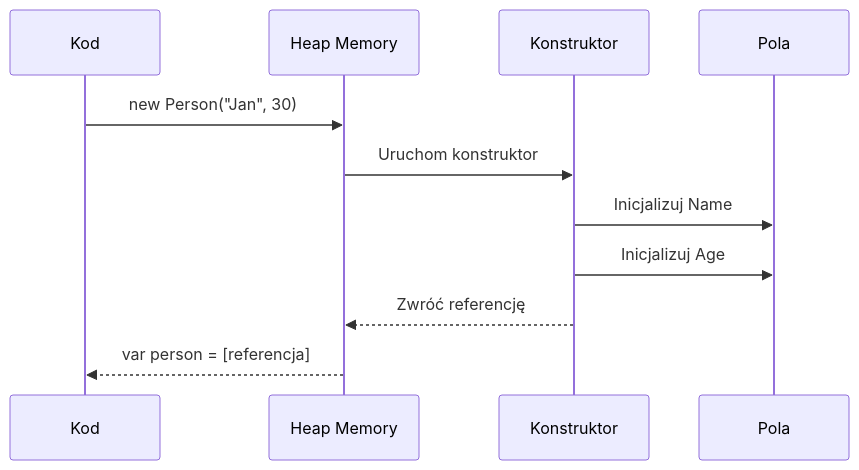
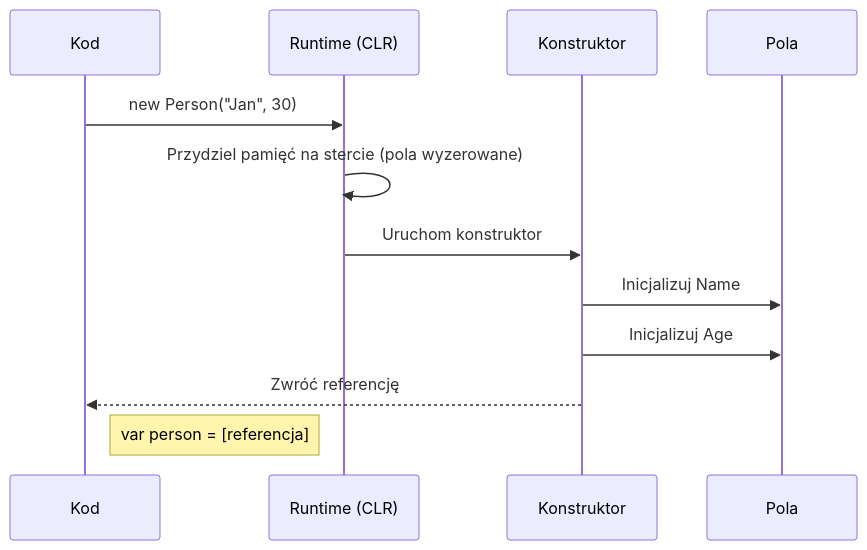
Before and after one commit to tborzyszkowski/csharp-programming: the second of 2 diagrams in src/02-konstruktory/_01_constructors_basics/README.md, drawn with Mermaid. The commit also changed other lines of this file and 74 other files, not shown here.

````diff
--- a/src/02-konstruktory/_01_constructors_basics/README.md
+++ b/src/02-konstruktory/_01_constructors_basics/README.md
@@ -403,14 +423,15 @@
 ```mermaid
 sequenceDiagram
     participant Code as Kod
-    participant Heap as Heap Memory
+    participant CLR as Runtime (CLR)
     participant Constructor as Konstruktor
     participant Fields as Pola
     
-    Code->>Heap: new Person("Jan", 30)
-    Heap->>Constructor: Uruchom konstruktor
+    Code->>CLR: new Person("Jan", 30)
+    CLR->>CLR: Przydziel pamięć na stercie (pola wyzerowane)
+    CLR->>Constructor: Uruchom konstruktor
     Constructor->>Fields: Inicjalizuj Name
     Constructor->>Fields: Inicjalizuj Age
-    Constructor-->>Heap: Zwróć referencję
-    Heap-->>Code: var person = [referencja]
+    Constructor-->>Code: Zwróć referencję
+    Note right of Code: var person = [referencja]
 ```
````
